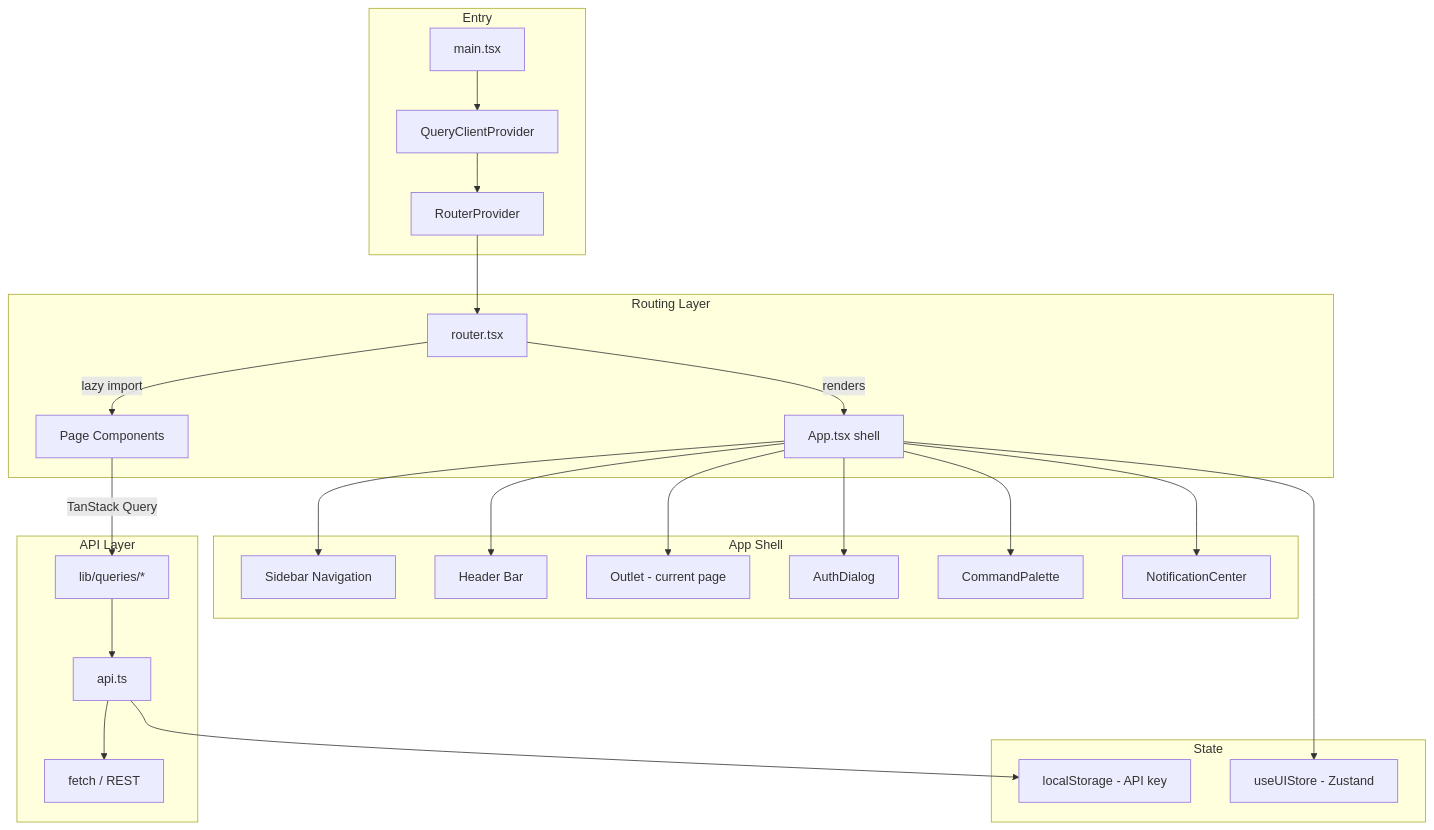
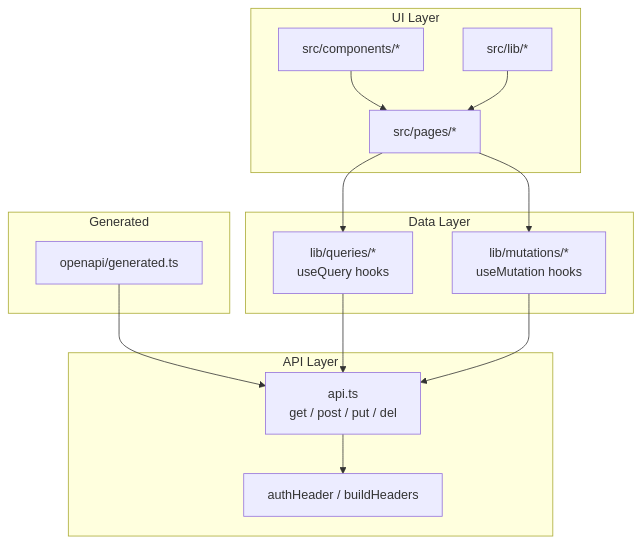
The diagram in dashboard-frontend.md (leszek3737/librefang-WIki), drawn with Mermaid before and after one commit. The commit also changed other lines of this file and 93 other files, not shown here.

````diff
--- a/dashboard-frontend.md
+++ b/dashboard-frontend.md
@@ -9,33 +11,28 @@
 ```mermaid
 graph TD
-    subgraph "Entry"
-        A[main.tsx] --> B[QueryClientProvider]
-        B --> C[RouterProvider]
+    subgraph "Generated"
+        OAPI[openapi/generated.ts]
+    end
+    subgraph "API Layer"
+        API[api.ts<br/>get / post / put / del]
+        AUTH[authHeader / buildHeaders]
+    end
+    subgraph "Data Layer"
+        Q[lib/queries/*<br/>useQuery hooks]
+        M[lib/mutations/*<br/>useMutation hooks]
+    end
+    subgraph "UI Layer"
+        PAGES[src/pages/*]
+        COMP[src/components/*]
+        LIB[src/lib/*]
     end
 
-    subgraph "Routing Layer"
-        C --> D[router.tsx]
-        D -->|lazy import| E[Page Components]
-        D -->|renders| F[App.tsx shell]
-    end
-
-    subgraph "App Shell"
-        F --> G[Sidebar Navigation]
-        F --> H[Header Bar]
-        F --> I[Outlet - current page]
-        F --> J[AuthDialog]
-        F --> K[CommandPalette]
-        F --> L[NotificationCenter]
-    end
-
-    subgraph "API Layer"
-        E -->|TanStack Query| M[lib/queries/*]
-        M --> N[api.ts]
-        N --> O[fetch / REST]
-    end
-
-    subgraph "State"
-        F --> P[useUIStore - Zustand]
-        N --> Q[localStorage - API key]
-    end
+    OAPI --> API
+    API --> AUTH
+    Q --> API
+    M --> API
+    PAGES --> Q
+    PAGES --> M
+    COMP --> PAGES
+    LIB --> PAGES
 ```
````
